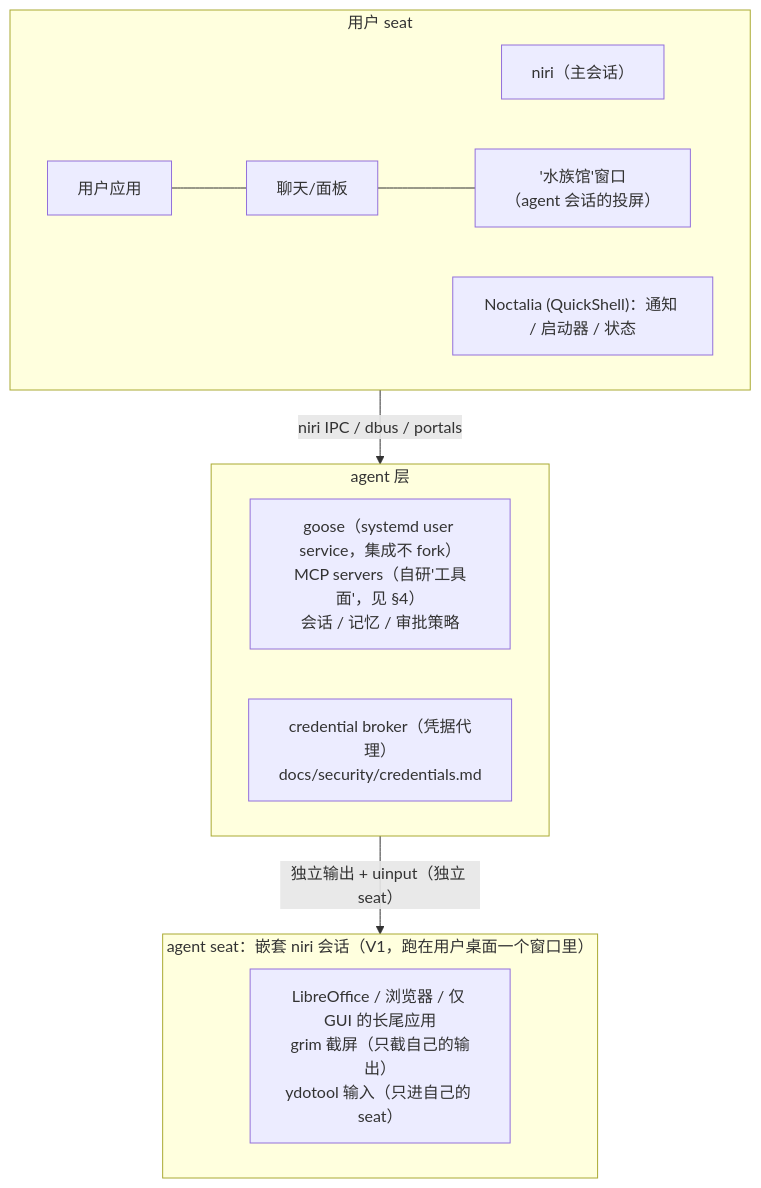
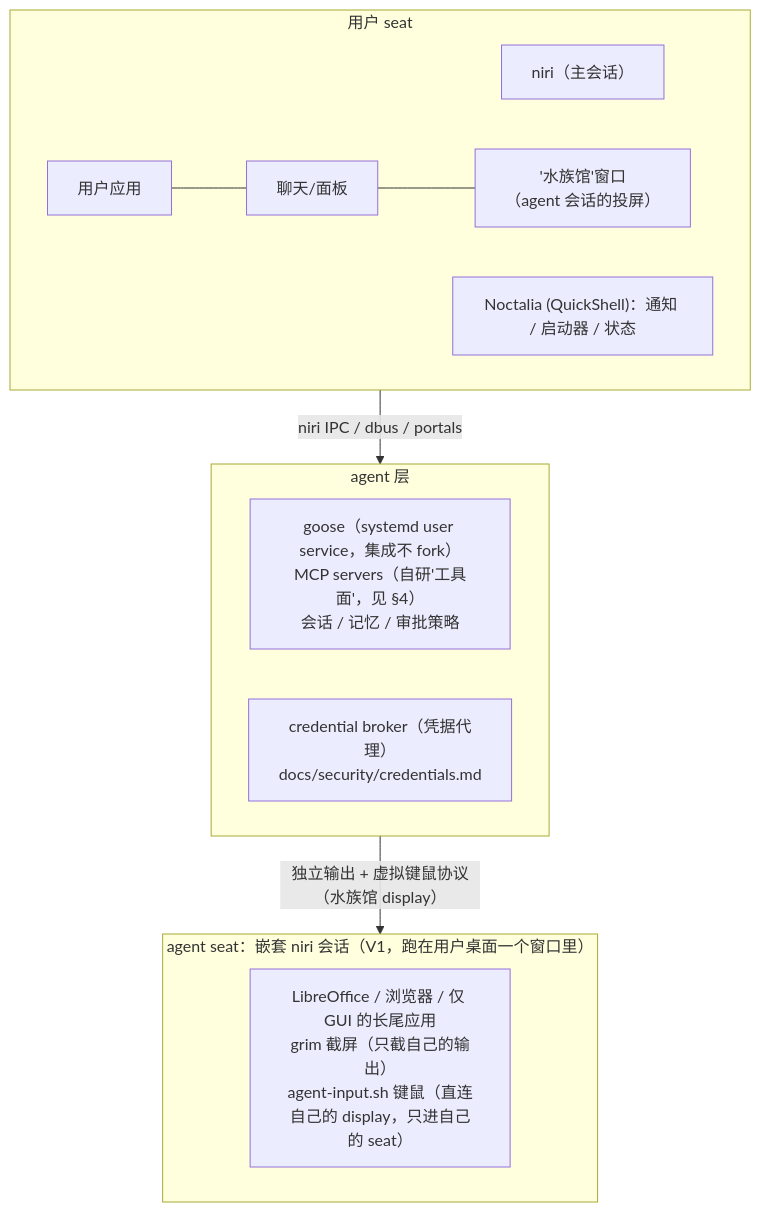
Before and after one commit to iwishwp/AgentOS: the diagram in docs/architecture.md, drawn with Mermaid. The commit also changed other lines of this file and 4 other files, not shown here.

First line of the commit message:
feat(input): 双 seat 键鼠真并行——wtype/wlrctl 直连水族馆 display，借道聚焦退役

````diff
--- a/docs/architecture.md
+++ b/docs/architecture.md
@@ -21,17 +21,17 @@
 ```mermaid
 flowchart TB
     subgraph USER["用户 seat"]
         n["niri（主会话）"]
         u1["用户应用"] --- u2["聊天/面板"] --- aq["'水族馆'窗口<br/>（agent 会话的投屏）"]
         ns["Noctalia (QuickShell)：通知 / 启动器 / 状态"]
     end
     subgraph AG["agent 层"]
         g["goose（systemd user service，集成不 fork）<br/>MCP servers（自研'工具面'，见 §4）<br/>会话 / 记忆 / 审批策略"]
         cb["credential broker（凭据代理）<br/>docs/security/credentials.md"]
     end
     subgraph AS["agent seat：嵌套 niri 会话（V1，跑在用户桌面一个窗口里）"]
-        v["LibreOffice / 浏览器 / 仅 GUI 的长尾应用<br/>grim 截屏（只截自己的输出）<br/>ydotool 输入（只进自己的 seat）"]
+        v["LibreOffice / 浏览器 / 仅 GUI 的长尾应用<br/>grim 截屏（只截自己的输出）<br/>agent-input.sh 键鼠（直连自己的 display，只进自己的 seat）"]
     end
     USER -- "niri IPC / dbus / portals" --> AG
-    AG -- "独立输出 + uinput（独立 seat）" --> AS
+    AG -- "独立输出 + 虚拟键鼠协议（水族馆 display）" --> AS
 ```
````
